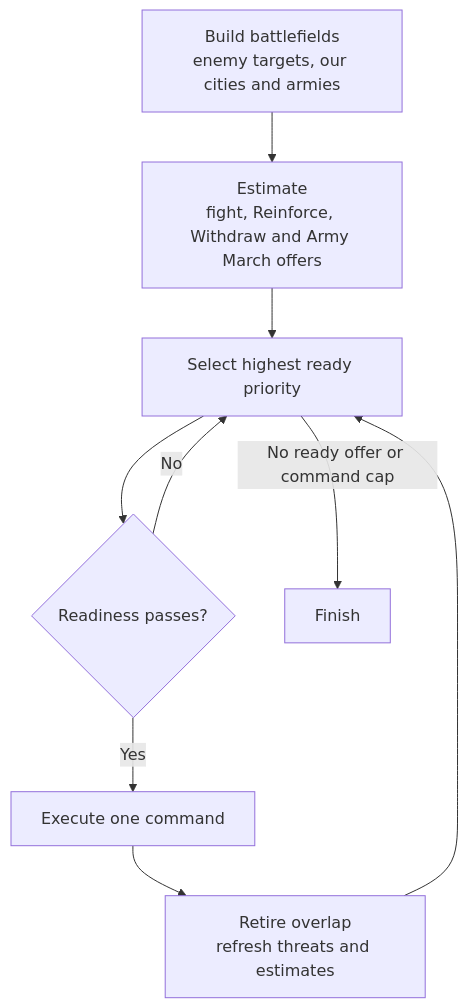
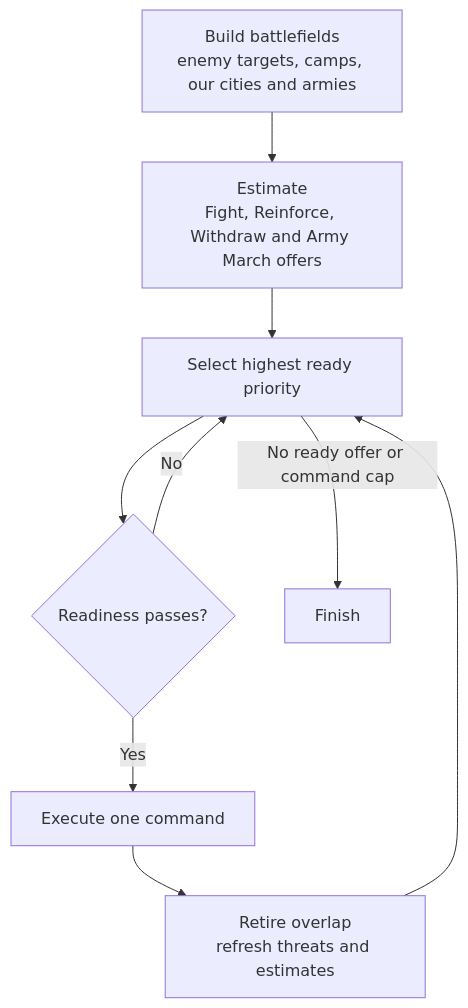
One commit to vox-deorum/vox-deorum changed the diagram in docs/developers/civ5-dll/unit-ai/commands/overview.md. Above: the diagram before and after it, drawn with Mermaid. The commit also changed other lines of this file and 4 other files, not shown here.

````diff
--- a/docs/developers/civ5-dll/unit-ai/commands/overview.md
+++ b/docs/developers/civ5-dll/unit-ai/commands/overview.md
@@ -5,11 +5,11 @@
 ```mermaid
 flowchart TD
-    B["Build battlefields<br/>enemy targets, our cities and armies"] --> E["Estimate<br/>fight, Reinforce, Withdraw and Army March offers"]
+    B["Build battlefields<br/>enemy targets, camps, our cities and armies"] --> E["Estimate<br/>Fight, Reinforce, Withdraw and Army March offers"]
     E --> S["Select highest ready priority"]
     S --> C{"Readiness passes?"}
     C -->|No| S
     C -->|Yes| X["Execute one command"]
     X --> R["Retire overlap<br/>refresh threats and estimates"]
     R --> S
     S -->|No ready offer or command cap| F["Finish"]
 ```
````
